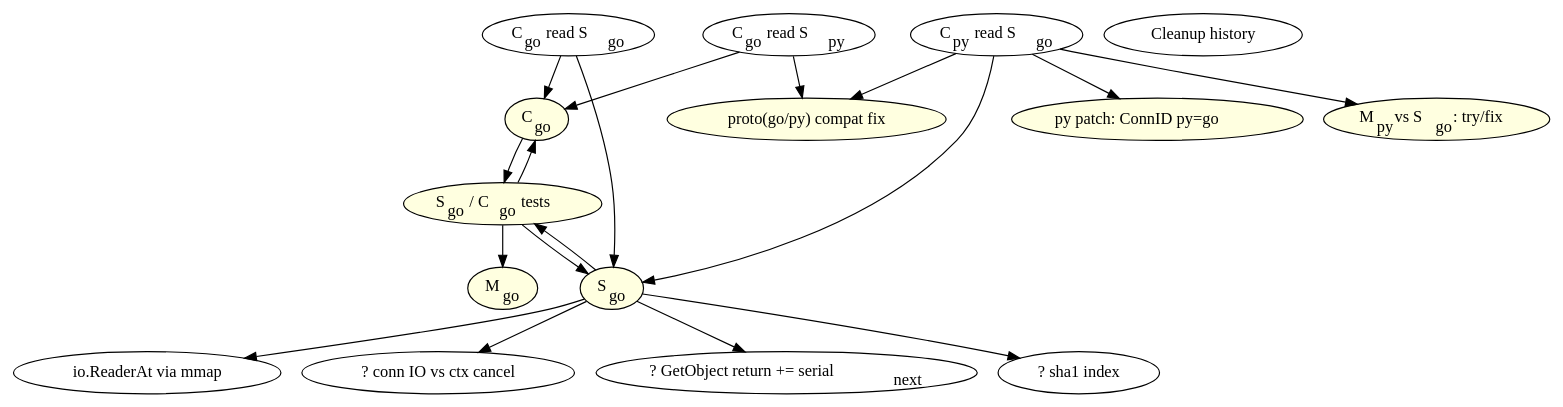
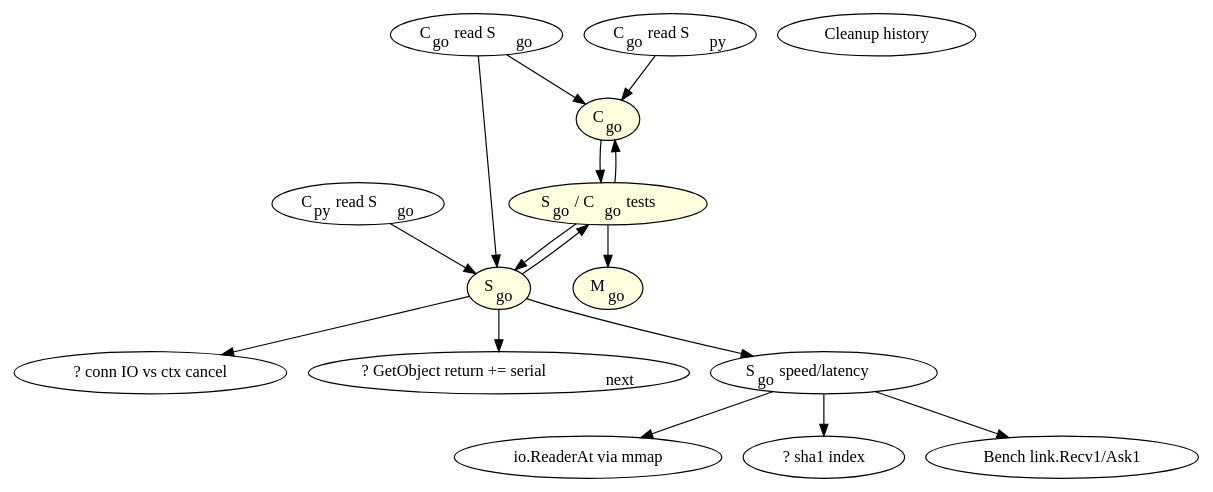
Before and after one commit to Nexedi/neoppod: the diagram in go/todo.dot, drawn with Graphviz. The commit also changed 1 other file, not shown here.

```diff
--- a/go/todo.dot
+++ b/go/todo.dot
@@ -1,45 +1,52 @@
 digraph {
 	Cgo -> SCgo_t;
 	Sgo -> SCgo_t;
 
 	SCgo_t -> Mgo;
 	SCgo_t -> Sgo;
 	SCgo_t -> Cgo;
 
-	Sgo -> Mmap_go;
 	Sgo -> io_cancel;
 	Sgo -> load_serial_next;
-	Sgo -> sha1_index;
+	Sgo -> Sgo_speed;
+
+	Sgo_speed -> Mmap_go;
+	Sgo_speed -> sha1_index;
+	Sgo_speed -> B_link_recv;
 
 	Cpy_r_Sgo -> Sgo;
-	Cpy_r_Sgo -> Protog_fix;
-	Cpy_r_Sgo -> Cpy_patch;
-	Cpy_r_Sgo -> Mpy_vs_Sgo;
+	//Cpy_r_Sgo -> Protog_fix;
+	//Cpy_r_Sgo -> Cpy_patch;
+	//Cpy_r_Sgo -> Mpy_vs_Sgo;
 
 	Cgo_r_Sgo -> Cgo;
 	Cgo_r_Sgo -> Sgo;		
 
 	Cgo_r_Spy -> Cgo;
-	Cgo_r_Spy -> Protog_fix;
+	//Cgo_r_Spy -> Protog_fix;
+
 
 	Cgo		[label=<C<sub>go</sub>> style=filled fillcolor=lightyellow];
 	Sgo		[label=<S<sub>go</sub>> style=filled fillcolor=lightyellow];
 	Mgo		[label=<M<sub>go</sub>> style=filled fillcolor=lightyellow];
 	SCgo_t		[label=<S<sub>go</sub>  / C<sub>go</sub>  tests> style=filled fillcolor=lightyellow];
+	Sgo_speed	[label=<S<sub>go</sub>  speed/latency>];
 	Cpy_r_Sgo	[label=<C<sub>py</sub>  read S<sub>go</sub>>];
 	Cgo_r_Sgo	[label=<C<sub>go</sub>  read S<sub>go</sub>>];
 	Cgo_r_Spy	[label=<C<sub>go</sub>  read S<sub>py</sub>>];
 	Cleanup		[label="Cleanup history"];
-	Cpy_patch	[label=<py patch: ConnID py=go> style=filled fillcolor=lightyellow];	// C<sub>py</sub>  patch for ConnID interop. with S<sub>go</sub>>];
+	//Cpy_patch	[label=<py patch: ConnID py=go> style=filled fillcolor=lightyellow];	// C<sub>py</sub>  patch for ConnID interop. with S<sub>go</sub>>];
 	Mmap_go		[label="io.ReaderAt via mmap"];
-	Protog_fix	[label="proto(go/py) compat fix" style=filled fillcolor=lightyellow];
-	Mpy_vs_Sgo	[label=<M<sub>py</sub> vs S<sub>go</sub>: try/fix> style=filled fillcolor=lightyellow];
+	//Protog_fix	[label="proto(go/py) compat fix" style=filled fillcolor=lightyellow];
+	//Mpy_vs_Sgo	[label=<M<sub>py</sub> vs S<sub>go</sub>: try/fix> style=filled fillcolor=lightyellow];
 
 	io_cancel		[label="? conn IO vs ctx cancel"];
 	load_serial_next	[label=<? GetObject return += serial<sub>next</sub>>];
 
 	sha1_index	[label="? sha1 index"];
 
+	B_link_recv	[label="Bench link.Recv1/Ask1"];
+
 	//Cgo -> Cgo_tasks;
 	//Cgo_tasks	[label="- talkMaster\n- update nodeTab/partTab\n- dial S on demand\n..." style=filled fillcolor=lightyellow];
 }
```
